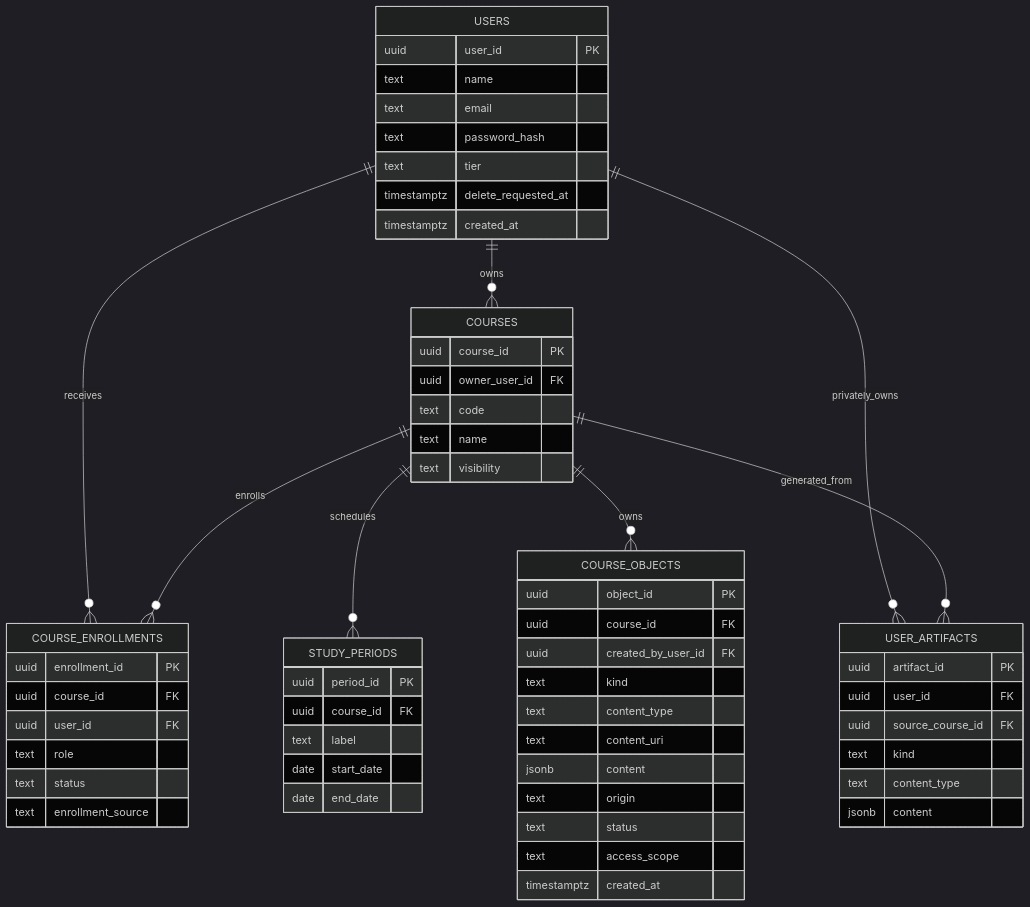
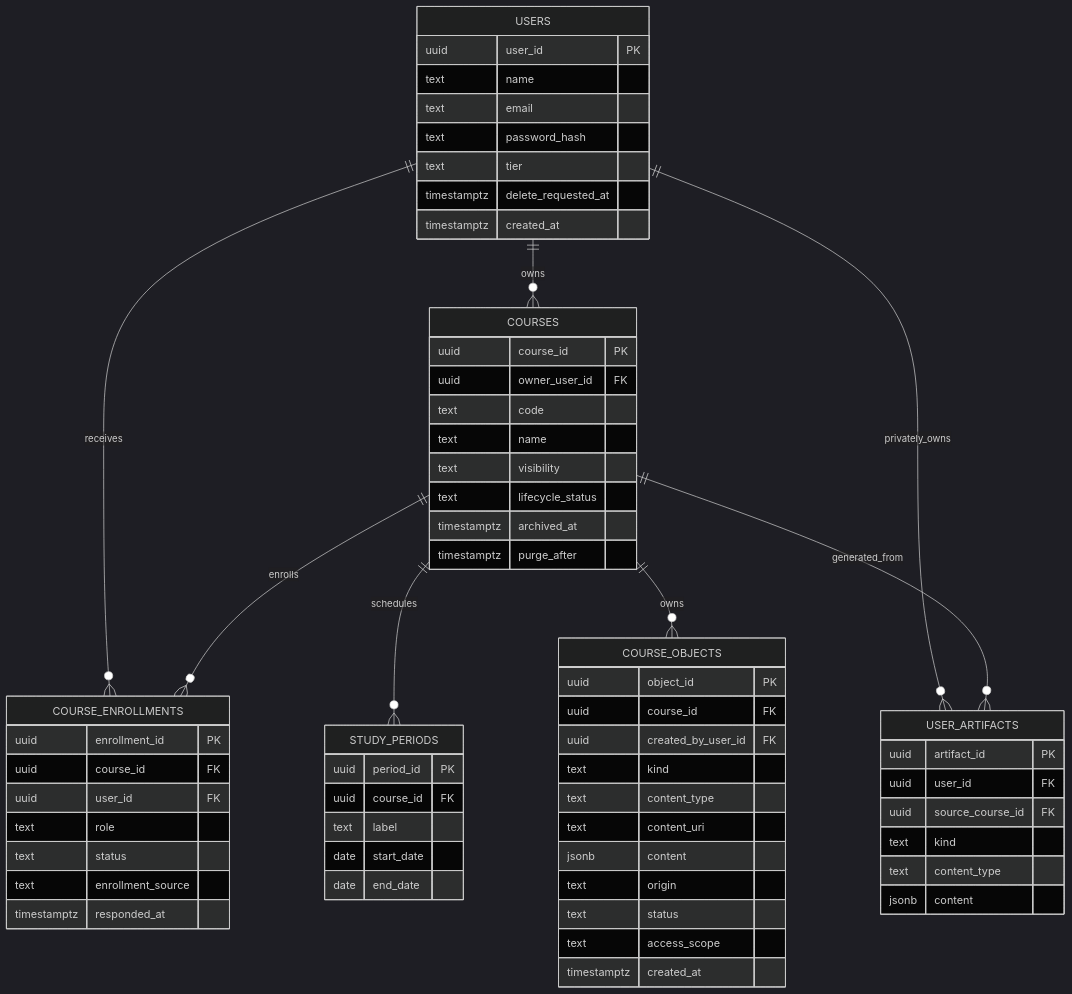
Before and after one commit to RileyK05/Stacks: the eighth of 19 diagrams in system.md, drawn with Mermaid (dark theme). The commit also changed other lines of this file and 62 other files, not shown here.

````diff
--- a/system.md
+++ b/system.md
@@ -219,63 +220,67 @@
 ```mermaid
 erDiagram
     USERS ||--o{ COURSES : owns
     USERS ||--o{ COURSE_ENROLLMENTS : receives
     COURSES ||--o{ COURSE_ENROLLMENTS : enrolls
     COURSES ||--o{ STUDY_PERIODS : schedules
     COURSES ||--o{ COURSE_OBJECTS : owns
     USERS ||--o{ USER_ARTIFACTS : privately_owns
     COURSES ||--o{ USER_ARTIFACTS : generated_from
 
     USERS {
         uuid user_id PK
         text name
         text email
         text password_hash
         text tier
         timestamptz delete_requested_at
         timestamptz created_at
     }
     COURSES {
         uuid course_id PK
         uuid owner_user_id FK
         text code
         text name
         text visibility
+        text lifecycle_status
+        timestamptz archived_at
+        timestamptz purge_after
     }
     COURSE_ENROLLMENTS {
         uuid enrollment_id PK
         uuid course_id FK
         uuid user_id FK
         text role
         text status
         text enrollment_source
+        timestamptz responded_at
     }
     USER_ARTIFACTS {
         uuid artifact_id PK
         uuid user_id FK
         uuid source_course_id FK
         text kind
         text content_type
         jsonb content
     }
     STUDY_PERIODS {
         uuid period_id PK
         uuid course_id FK
         text label
         date start_date
         date end_date
     }
     COURSE_OBJECTS {
         uuid object_id PK
         uuid course_id FK
         uuid created_by_user_id FK
         text kind
         text content_type
         text content_uri
         jsonb content
         text origin
         text status
         text access_scope
         timestamptz created_at
     }
 ```
````
